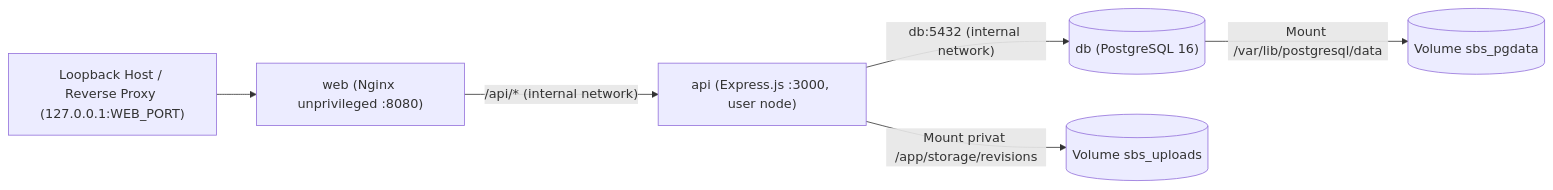
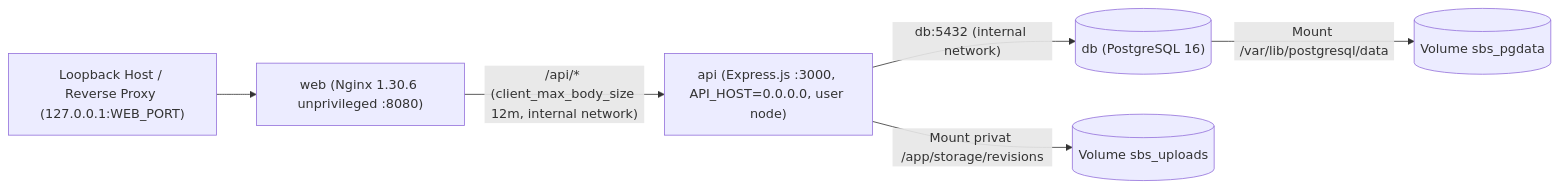
One commit to Kxrumii/SistemBimbinganSkripsi changed the diagram in docs/deployment.md. Above: the diagram before and after it, drawn with Mermaid. The commit also changed other lines of this file and 4 other files, not shown here.

````diff
--- a/docs/deployment.md
+++ b/docs/deployment.md
@@ -11,8 +27,8 @@
 ```mermaid
 flowchart LR
-    Host["Loopback Host / Reverse Proxy (127.0.0.1:WEB_PORT)"] --> WEB["web (Nginx unprivileged :8080)"]
-    WEB -->|"/api/* (internal network)"| API["api (Express.js :3000, user node)"]
+    Host["Loopback Host / Reverse Proxy (127.0.0.1:WEB_PORT)"] --> WEB["web (Nginx 1.30.6 unprivileged :8080)"]
+    WEB -->|"/api/* (client_max_body_size 12m, internal network)"| API["api (Express.js :3000, API_HOST=0.0.0.0, user node)"]
     API -->|"db:5432 (internal network)"| DB[("db (PostgreSQL 16)")]
     API -->|"Mount privat /app/storage/revisions"| UP[("Volume sbs_uploads")]
     DB -->|"Mount /var/lib/postgresql/data"| PG[("Volume sbs_pgdata")]
 ```
````
